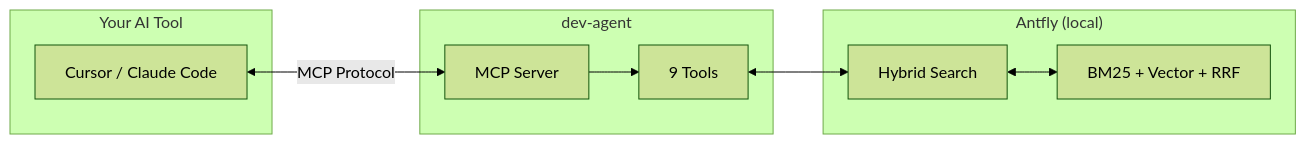
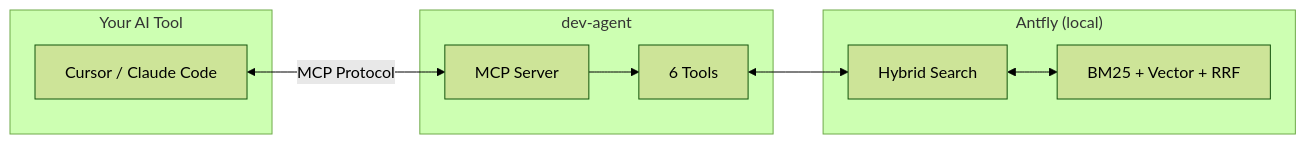
The diagram in website/content/index.mdx (prosdevlab/dev-agent), drawn with Mermaid (forest theme) before and after one commit. The commit also changed other lines of this file and 56 other files, not shown here.

````diff
--- a/website/content/index.mdx
+++ b/website/content/index.mdx
@@ -132,21 +98,21 @@
 ```mermaid
 flowchart LR
     subgraph IDE["Your AI Tool"]
         A["Cursor / Claude Code"]
     end
 
     subgraph Agent["dev-agent"]
         B["MCP Server"]
-        C["9 Tools"]
+        C["6 Tools"]
     end
 
     subgraph Local["Antfly (local)"]
         D["Hybrid Search"]
         E["BM25 + Vector + RRF"]
     end
 
     A <-->|"MCP Protocol"| B
     B --> C
     C <--> D
     D <--> E
 ```
````
